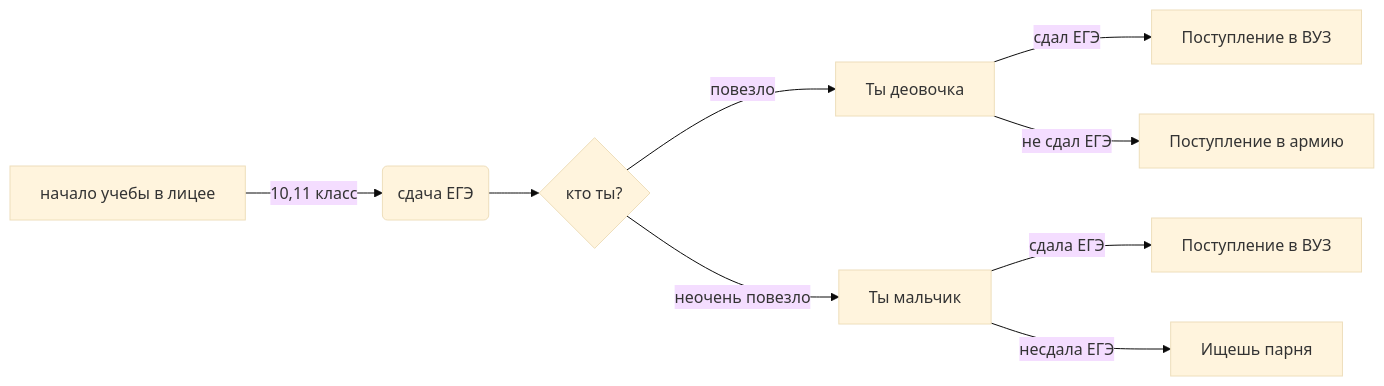
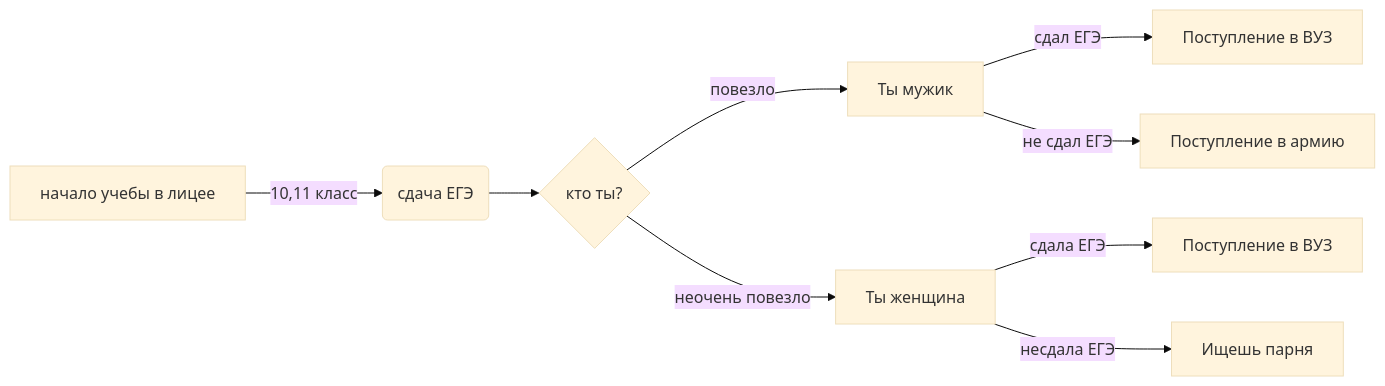
Before and after one commit to grad154/timurbakeev154: the diagram in README.md, drawn with Mermaid (base theme).

````diff
--- a/README.md
+++ b/README.md
@@ -2,11 +2,11 @@
 ```mermaid
 flowchart LR
 A[начало учебы в лицее] -->|10,11 класс| B(сдача ЕГЭ)
 B --> C{кто ты?}
-C -->|повезло| D[Ты деовочка]
-C -->|неочень повезло| E[Ты мальчик]
+C -->|повезло| D[Ты мужик]
+C -->|неочень повезло| E[Ты женщина]
 D -->|сдал ЕГЭ|F[Поступление в ВУЗ]
 D -->|не сдал ЕГЭ|G[Поступление в армию]
 E -->|сдала ЕГЭ| Q[Поступление в ВУЗ]
 E -->|несдала ЕГЭ| M[Ищешь парня]
 ```
````
